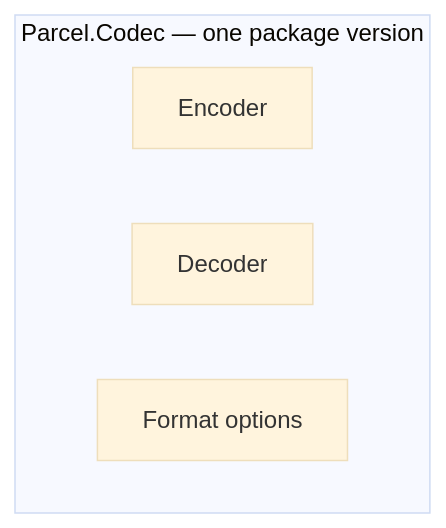
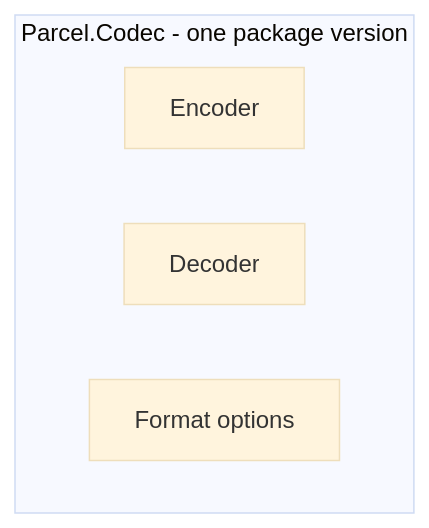
One commit to carsten-riedel/Coree.Template.Project changed the third of 4 diagrams in src/prj/Coree.Template.Project/Templates/MultiLibraryRepository/ChoosingPackageBoundaries.md. Above: the diagram before and after it, drawn with Mermaid (base theme). The commit also changed other lines of this file and 50 other files, not shown here.

````diff
--- a/src/prj/Coree.Template.Project/Templates/MultiLibraryRepository/ChoosingPackageBoundaries.md
+++ b/src/prj/Coree.Template.Project/Templates/MultiLibraryRepository/ChoosingPackageBoundaries.md
@@ -124,9 +124,9 @@
 ```mermaid
 flowchart TB
-    subgraph codec["Parcel.Codec — one package version"]
+    subgraph codec["Parcel.Codec - one package version"]
         direction LR
         encoder["Encoder"]
         decoder["Decoder"]
         options["Format options"]
     end
 ```
````
